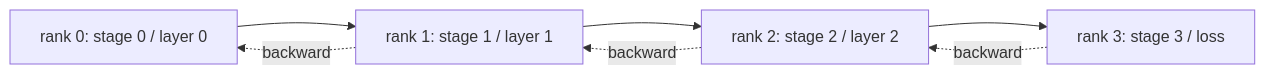
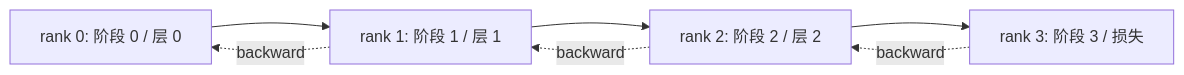
The diagram in lessons/19-capstone-projects/79-pipeline-parallel/docs/zh.md (guangningsun/ailearning), drawn with Mermaid before and after one commit. The commit also changed other lines of this file and 85 other files, not shown here.

````diff
--- a/lessons/19-capstone-projects/79-pipeline-parallel/docs/zh.md
+++ b/lessons/19-capstone-projects/79-pipeline-parallel/docs/zh.md
@@ -25,9 +25,9 @@
 ```mermaid
 flowchart LR
-  R0[rank 0: stage 0 / layer 0] --> R1[rank 1: stage 1 / layer 1]
-  R1 --> R2[rank 2: stage 2 / layer 2]
-  R2 --> R3[rank 3: stage 3 / loss]
+  R0[rank 0: 阶段 0 / 层 0] --> R1[rank 1: 阶段 1 / 层 1]
+  R1 --> R2[rank 2: 阶段 2 / 层 2]
+  R2 --> R3[rank 3: 阶段 3 / 损失]
   R3 -.backward.-> R2
   R2 -.backward.-> R1
   R1 -.backward.-> R0
 ```
````
